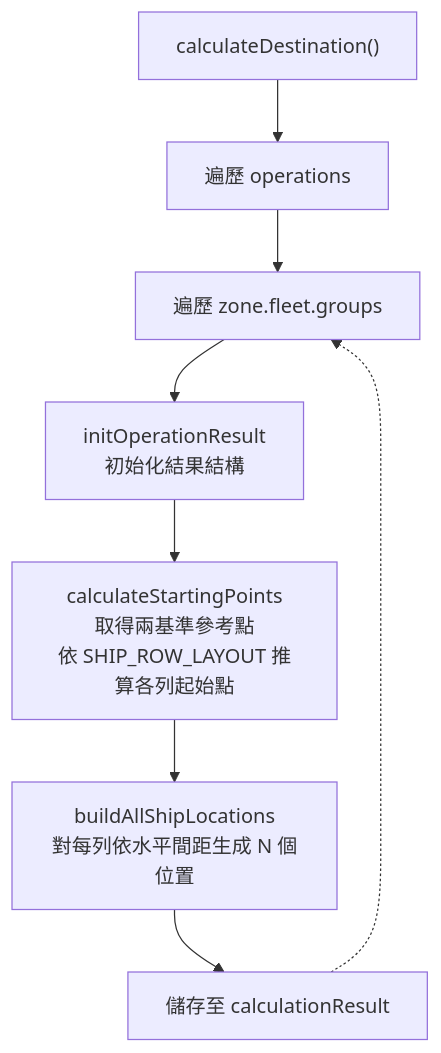
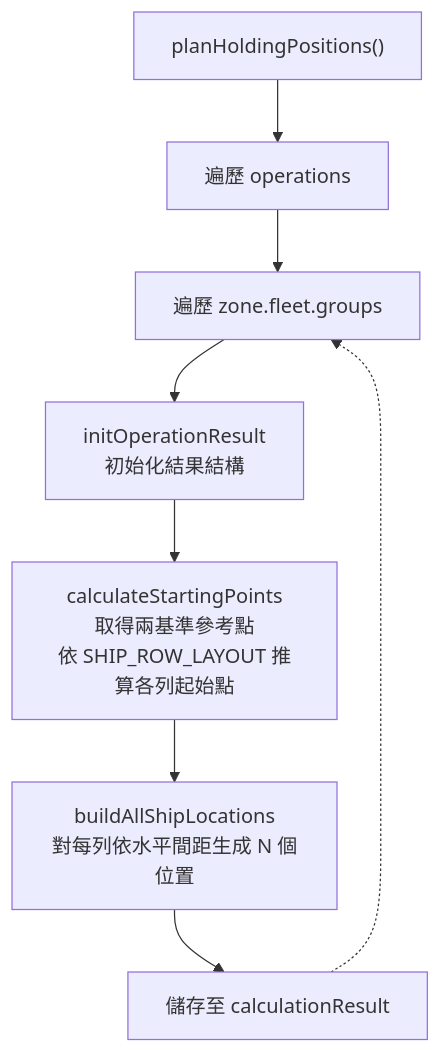
Before and after one commit to pullupjumper/formosa-in-flames: the first of 2 diagrams in docs/landingOps/shipMovement.md, drawn with Mermaid. The commit also changed other lines of this file and 31 other files, not shown here.

````diff
--- a/docs/landingOps/shipMovement.md
+++ b/docs/landingOps/shipMovement.md
@@ -60,13 +60,13 @@
 ```mermaid
 flowchart TD
-    START["calculateDestination()"]
+    START["planHoldingPositions()"]
     ITER_OP["遍歷 operations"]
     ITER_AREA["遍歷 zone.fleet.groups"]
     INIT["initOperationResult<br>初始化結果結構"]
     CALC_SP["calculateStartingPoints<br>取得兩基準參考點<br>依 SHIP_ROW_LAYOUT 推算各列起始點"]
     GEN_LOC["buildAllShipLocations<br>對每列依水平間距生成 N 個位置"]
     STORE["儲存至 calculationResult"]
 
     START --> ITER_OP --> ITER_AREA --> INIT --> CALC_SP --> GEN_LOC --> STORE
     STORE -.-> ITER_AREA
 ```
````
